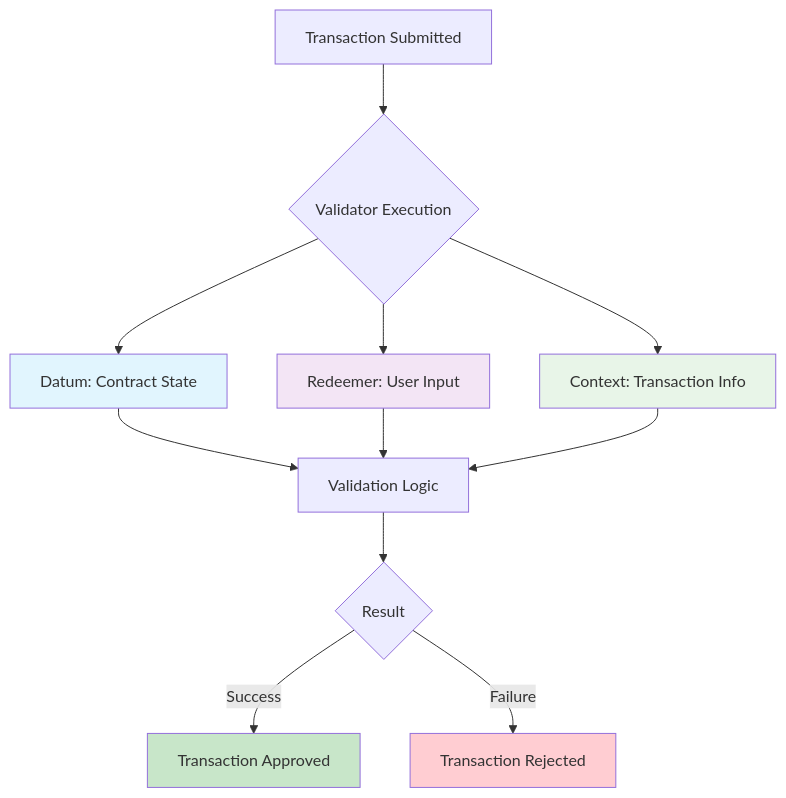
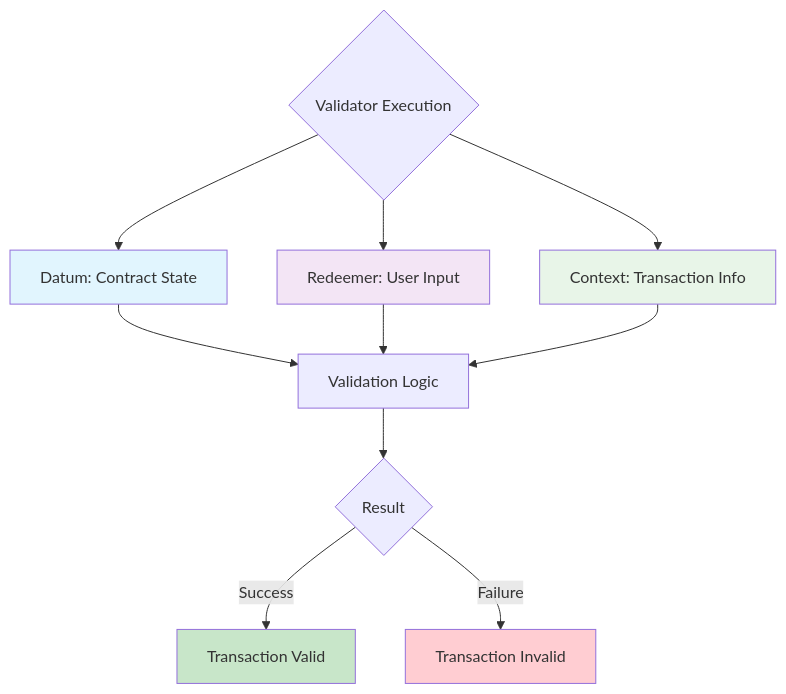
Before and after one commit to cardano-foundation/developer-portal: the first of 2 diagrams in docs/smart-contracts/overview.md, drawn with Mermaid. The commit also changed other lines of this file and 18 other files, not shown here.

Commit message:
add new diagrams, rewrite content, fix syntax highlighting

````diff
--- a/docs/smart-contracts/overview.md
+++ b/docs/smart-contracts/overview.md
@@ -75,19 +73,19 @@
 ```mermaid
 flowchart TD
-    A[Transaction Submitted] --> B{Validator Execution}
+    B{Validator Execution}
     B --> C[Datum: Contract State]
     B --> D[Redeemer: User Input]
     B --> E[Context: Transaction Info]
     C --> F[Validation Logic]
     D --> F
     E --> F
     F --> G{Result}
-    G -->|Success| H[Transaction Approved]
-    G -->|Failure| I[Transaction Rejected]
+    G -->|Success| H[Transaction Valid]
+    G -->|Failure| I[Transaction Invalid]
     
     style C fill:#e1f5fe
     style D fill:#f3e5f5
     style E fill:#e8f5e8
     style H fill:#c8e6c9
     style I fill:#ffcdd2
 ```
````
